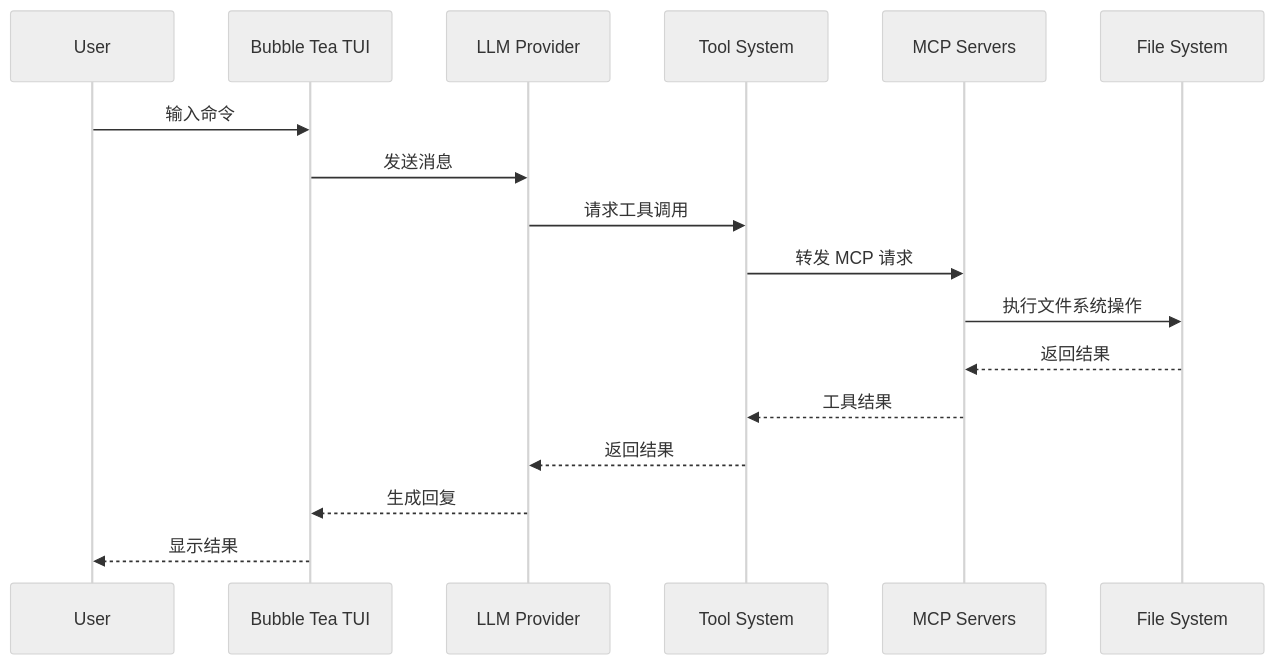
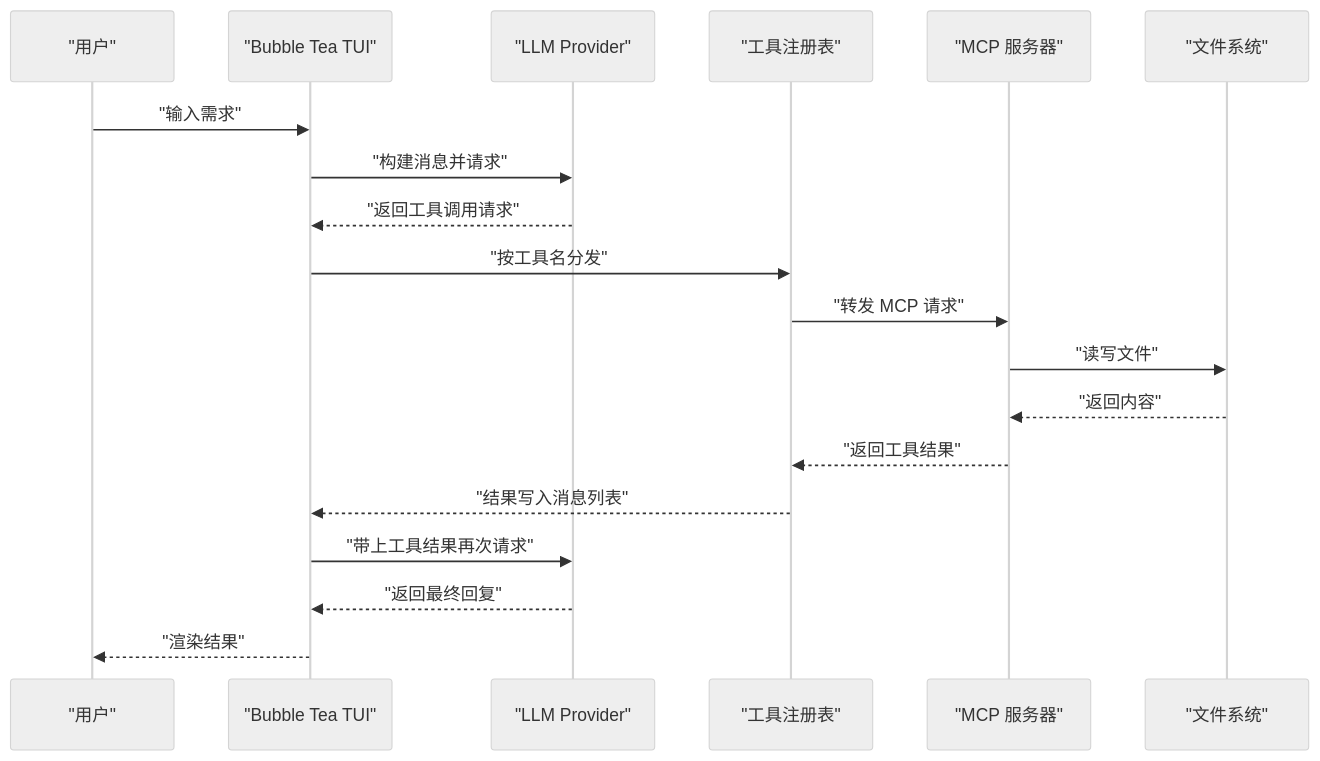
The fourth of 13 diagrams in docs/agent/case-studies/opencode-analysis.md (Shyu-x/frontend-interview), drawn with Mermaid (neutral theme) before and after one commit. The commit also changed other lines of this file and 58 other files, not shown here.

````diff
--- a/docs/agent/case-studies/opencode-analysis.md
+++ b/docs/agent/case-studies/opencode-analysis.md
@@ -190,20 +425,21 @@
 ```mermaid
 sequenceDiagram
-    participant User as User
-    participant TUI as Bubble Tea TUI
-    participant LLM as LLM Provider
-    participant TOOL as Tool System
-    participant MCP as MCP Servers
-    participant FS as File System
-
-    User->>TUI: 输入命令
-    TUI->>LLM: 发送消息
-    LLM->>TOOL: 请求工具调用
-    TOOL->>MCP: 转发 MCP 请求
-    MCP->>FS: 执行文件系统操作
-    FS-->>MCP: 返回结果
-    MCP-->>TOOL: 工具结果
-    TOOL-->>LLM: 返回结果
-    LLM-->>TUI: 生成回复
-    TUI-->>User: 显示结果
+    participant U as "用户"
+    participant T as "Bubble Tea TUI"
+    participant L as "LLM Provider"
+    participant R as "工具注册表"
+    participant S as "MCP 服务器"
+    participant F as "文件系统"
+    U->>T: "输入需求"
+    T->>L: "构建消息并请求"
+    L-->>T: "返回工具调用请求"
+    T->>R: "按工具名分发"
+    R->>S: "转发 MCP 请求"
+    S->>F: "读写文件"
+    F-->>S: "返回内容"
+    S-->>R: "返回工具结果"
+    R-->>T: "结果写入消息列表"
+    T->>L: "带上工具结果再次请求"
+    L-->>T: "返回最终回复"
+    T-->>U: "渲染结果"
 ```
````
